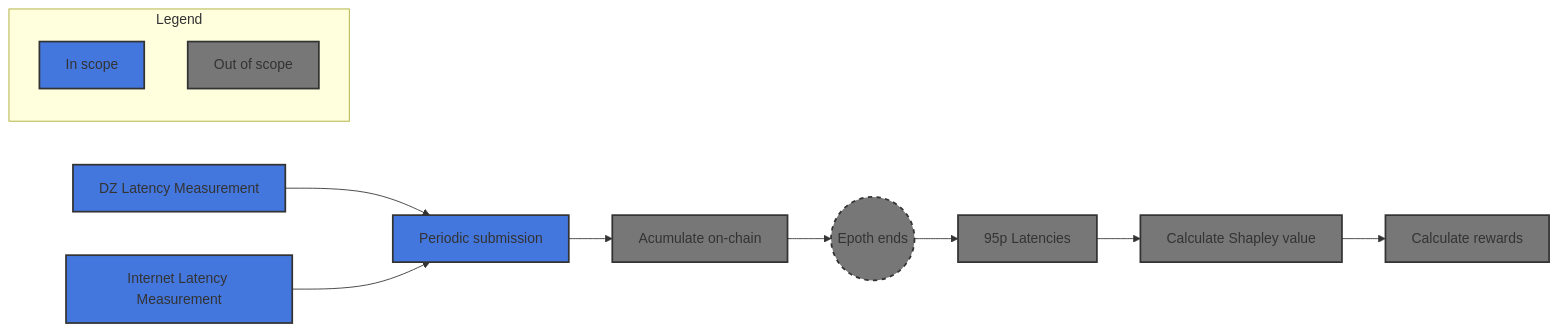
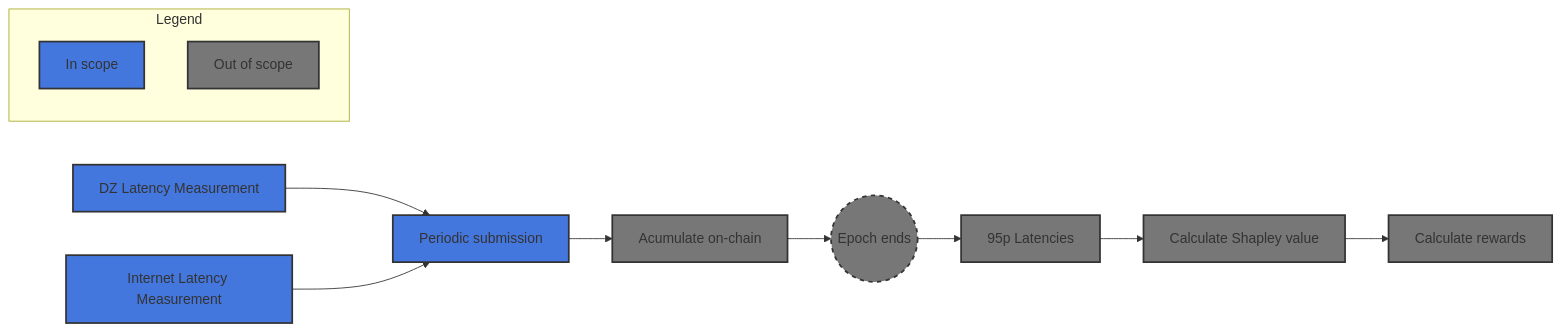
Before and after one commit to malbeclabs/doublezero: the first of 5 diagrams in rfcs/rfc4-telemetry-for-contributor-rewards.md, drawn with Mermaid. The commit also changed other lines of this file, not shown here.

````diff
--- a/rfcs/rfc4-telemetry-for-contributor-rewards.md
+++ b/rfcs/rfc4-telemetry-for-contributor-rewards.md
@@ -34,21 +34,21 @@
 ```mermaid
 graph LR
     A[DZ Latency Measurement]  --> B[Periodic submission]
     A1[Internet Latency Measurement] --> B[Periodic submission]
     B --> C[Acumulate on-chain]
-    C --> D((Epoth ends)):::dashed
+    C --> D((Epoch ends)):::dashed
     D --> E[95p Latencies]
     E --> F[Calculate Shapley value]
     F --> G[Calculate rewards]
     subgraph Legend
 	    BlueLegend[In scope]
 	    GrayLegend[Out of scope]
 	  end
     class BlueLegend,A,A1,B blueNode;
     class GrayLegend,C,D,E,F,G grayNode;
 
     classDef dashed stroke-dasharray: 5 5;
     classDef blueNode fill:#47d,stroke:#333,stroke-width:2px;
     classDef grayNode fill:#777,stroke:#333,stroke-width:2px;
 
 ```
````
